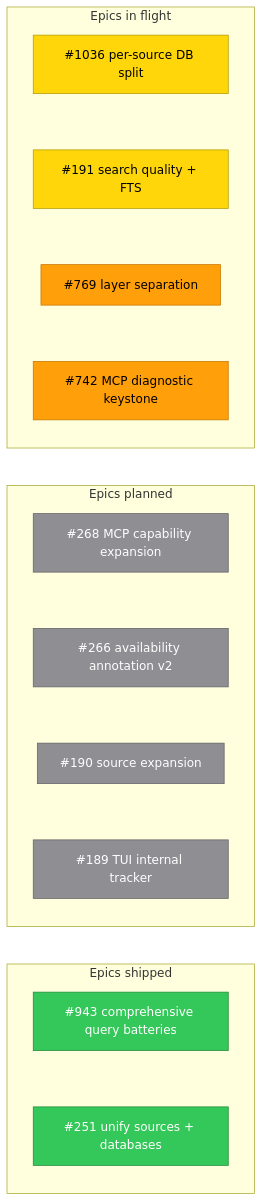
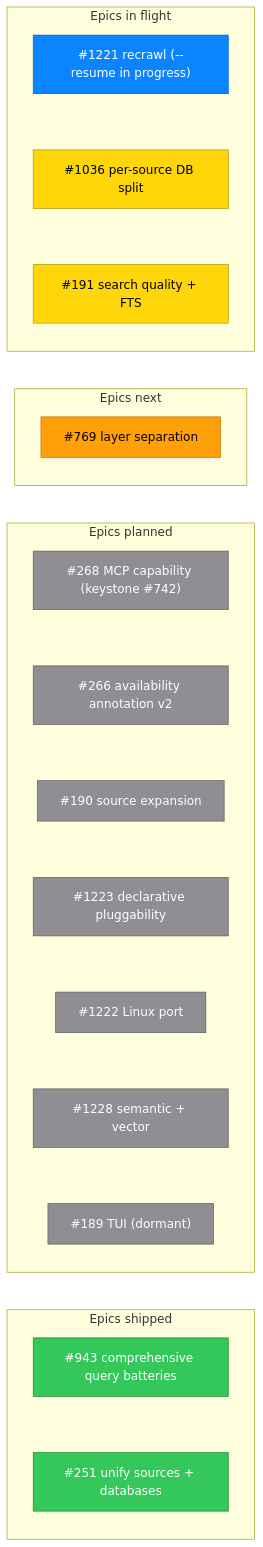
One commit to mihaelamj/cupertino changed the second of 2 diagrams in README.md. Above: the diagram before and after it, drawn with Mermaid.

Commit message:
docs(readme): refresh roadmap diagram (add 4 new epics, demote #742 to a #268 keystone note) (#1236)

````diff
--- a/README.md
+++ b/README.md
@@ -230,25 +230,30 @@
 ```mermaid
 flowchart TB
   classDef done    fill:#34C759,stroke:#248A3D,color:#ffffff;
   classDef active  fill:#0A84FF,stroke:#0060DF,color:#ffffff;
   classDef next    fill:#FF9F0A,stroke:#C77700,color:#000000;
   classDef partial fill:#FFD60A,stroke:#B59B00,color:#000000;
   classDef todo    fill:#8E8E93,stroke:#636366,color:#ffffff;
 
   subgraph InFlight["Epics in flight"]
     direction TB
-    E1036["#1036 per-source DB split"]:::partial ~~~ E191["#191 search quality + FTS"]:::partial ~~~ E769["#769 layer separation"]:::next ~~~ E742["#742 MCP diagnostic keystone"]:::next
+    E1221["#1221 recrawl (--resume in progress)"]:::active ~~~ E1036["#1036 per-source DB split"]:::partial ~~~ E191["#191 search quality + FTS"]:::partial
+  end
+
+  subgraph Next["Epics next"]
+    direction TB
+    E769["#769 layer separation"]:::next
   end
 
   subgraph Planned["Epics planned"]
     direction TB
-    E268["#268 MCP capability expansion"]:::todo ~~~ E266["#266 availability annotation v2"]:::todo ~~~ E190["#190 source expansion"]:::todo ~~~ E189["#189 TUI internal tracker"]:::todo
+    E268["#268 MCP capability (keystone #742)"]:::todo ~~~ E266["#266 availability annotation v2"]:::todo ~~~ E190["#190 source expansion"]:::todo ~~~ E1223["#1223 declarative pluggability"]:::todo ~~~ E1222["#1222 Linux port"]:::todo ~~~ E1228["#1228 semantic + vector"]:::todo ~~~ E189["#189 TUI (dormant)"]:::todo
   end
 
   subgraph Shipped["Epics shipped"]
     direction TB
     E943["#943 comprehensive query batteries"]:::done ~~~ E251["#251 unify sources + databases"]:::done
   end
 
-  InFlight ~~~ Planned ~~~ Shipped
+  InFlight ~~~ Next ~~~ Planned ~~~ Shipped
 ```
````
